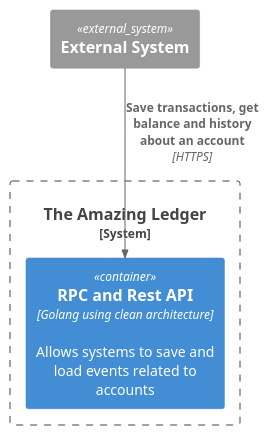
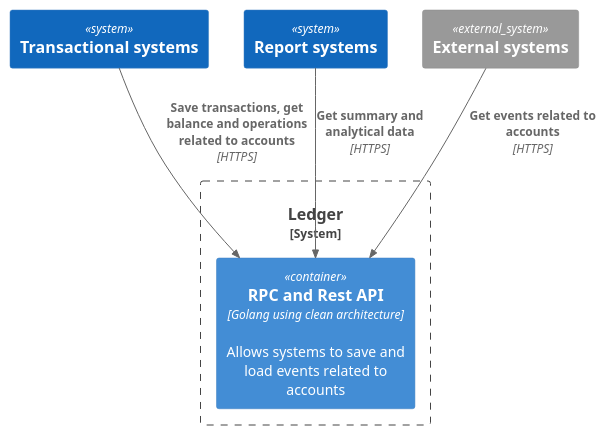
The diagram in docs/c4model/level_1_system_context_diagram.puml (fernandodr19/the-amazing-ledger), drawn with PlantUML before and after one commit. The commit also changed 8 other files, not shown here.

Commit message:
docs: more c4 diagrams

```diff
--- a/docs/c4model/level_1_system_context_diagram.puml
+++ b/docs/c4model/level_1_system_context_diagram.puml
@@ -1,10 +1,22 @@
 @startuml Basic Sample
 !includeurl https://raw.githubusercontent.com/RicardoNiepel/C4-PlantUML/release/1-0/C4_Container.puml
 
-System_Ext(external_system, "External System")
-System_Boundary(ledger, "The Amazing Ledger") {
+' LAYOUT_WITH_LEGEND()
+
+
+
+System(transactional_systems, "Transactional systems")
+System(report_systems, "Report systems")
+System_Ext(external_systems, "External systems")
+
+System_Boundary(ledger, "Ledger") {
     Container(ledger_app, "RPC and Rest API", "Golang using clean architecture", "Allows systems to save and load events related to accounts")
+    ' Container(message_bus, "Message Bus", "Kafka", "Transport for account events")
 }
 
-Rel(external_system, ledger_app, "Save transactions, get balance and history about an account", "HTTPS")
+' Rel_R(ledger_app, message_bus, "Sends account update events to")
+
+Rel(transactional_systems, ledger_app, "Save transactions, get balance and operations related to accounts", "HTTPS")
+Rel(report_systems, ledger_app, "Get summary and analytical data", "HTTPS")
+Rel(external_systems, ledger_app, "Get events related to accounts", "HTTPS")
 @enduml
```
